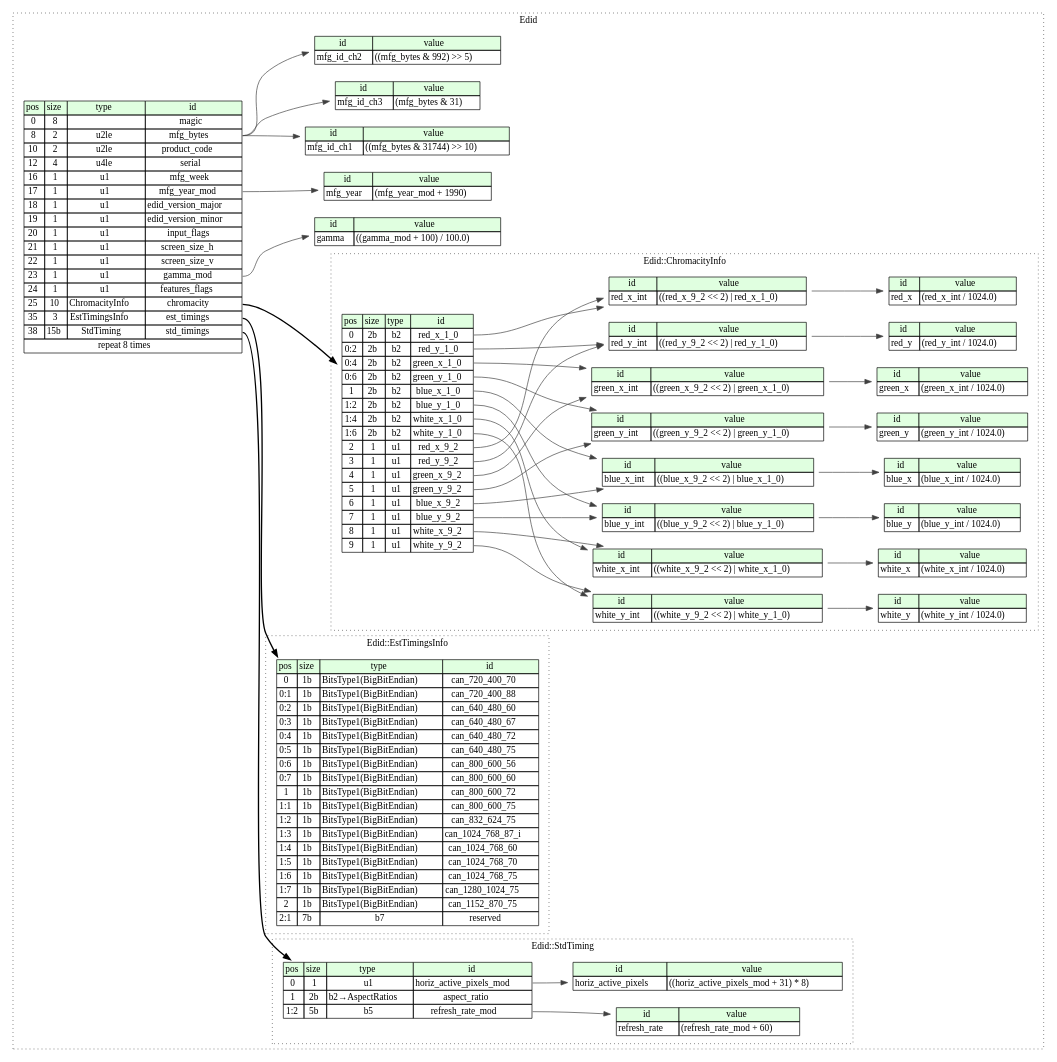
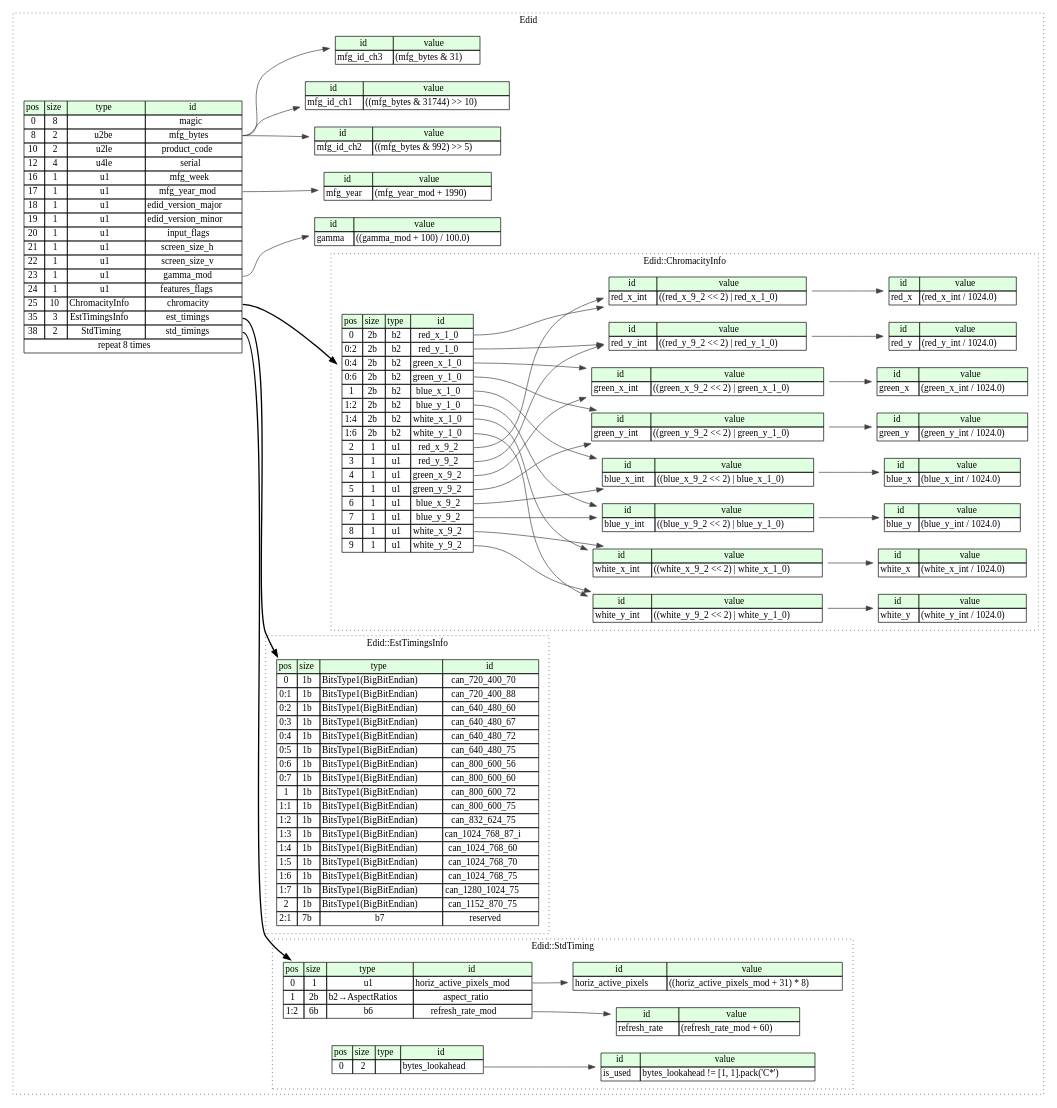
Before and after one commit to kaitai-io/formats-kaitai-io.github.io: the diagram in edid/src/graphviz/edid.dot, drawn with Graphviz. The commit also changed 32 other files, not shown here.

```diff
--- a/edid/src/graphviz/edid.dot
+++ b/edid/src/graphviz/edid.dot
@@ -8,7 +8,7 @@
 		edid__seq [label=<<TABLE BORDER="0" CELLBORDER="1" CELLSPACING="0">
 			<TR><TD BGCOLOR="#E0FFE0">pos</TD><TD BGCOLOR="#E0FFE0">size</TD><TD BGCOLOR="#E0FFE0">type</TD><TD BGCOLOR="#E0FFE0">id</TD></TR>
 			<TR><TD PORT="magic_pos">0</TD><TD PORT="magic_size">8</TD><TD></TD><TD PORT="magic_type">magic</TD></TR>
-			<TR><TD PORT="mfg_bytes_pos">8</TD><TD PORT="mfg_bytes_size">2</TD><TD>u2le</TD><TD PORT="mfg_bytes_type">mfg_bytes</TD></TR>
+			<TR><TD PORT="mfg_bytes_pos">8</TD><TD PORT="mfg_bytes_size">2</TD><TD>u2be</TD><TD PORT="mfg_bytes_type">mfg_bytes</TD></TR>
 			<TR><TD PORT="product_code_pos">10</TD><TD PORT="product_code_size">2</TD><TD>u2le</TD><TD PORT="product_code_type">product_code</TD></TR>
 			<TR><TD PORT="serial_pos">12</TD><TD PORT="serial_size">4</TD><TD>u4le</TD><TD PORT="serial_type">serial</TD></TR>
 			<TR><TD PORT="mfg_week_pos">16</TD><TD PORT="mfg_week_size">1</TD><TD>u1</TD><TD PORT="mfg_week_type">mfg_week</TD></TR>
@@ -22,7 +22,7 @@
 			<TR><TD PORT="features_flags_pos">24</TD><TD PORT="features_flags_size">1</TD><TD>u1</TD><TD PORT="features_flags_type">features_flags</TD></TR>
 			<TR><TD PORT="chromacity_pos">25</TD><TD PORT="chromacity_size">10</TD><TD>ChromacityInfo</TD><TD PORT="chromacity_type">chromacity</TD></TR>
 			<TR><TD PORT="est_timings_pos">35</TD><TD PORT="est_timings_size">3</TD><TD>EstTimingsInfo</TD><TD PORT="est_timings_type">est_timings</TD></TR>
-			<TR><TD PORT="std_timings_pos">38</TD><TD PORT="std_timings_size">15b</TD><TD>StdTiming</TD><TD PORT="std_timings_type">std_timings</TD></TR>
+			<TR><TD PORT="std_timings_pos">38</TD><TD PORT="std_timings_size">2</TD><TD>StdTiming</TD><TD PORT="std_timings_type">std_timings</TD></TR>
 			<TR><TD COLSPAN="4" PORT="std_timings__repeat">repeat 8 times</TD></TR>
 		</TABLE>>];
 		edid__inst__mfg_year [label=<<TABLE BORDER="0" CELLBORDER="1" CELLSPACING="0">
@@ -167,7 +167,15 @@
 				<TR><TD BGCOLOR="#E0FFE0">pos</TD><TD BGCOLOR="#E0FFE0">size</TD><TD BGCOLOR="#E0FFE0">type</TD><TD BGCOLOR="#E0FFE0">id</TD></TR>
 				<TR><TD PORT="horiz_active_pixels_mod_pos">0</TD><TD PORT="horiz_active_pixels_mod_size">1</TD><TD>u1</TD><TD PORT="horiz_active_pixels_mod_type">horiz_active_pixels_mod</TD></TR>
 				<TR><TD PORT="aspect_ratio_pos">1</TD><TD PORT="aspect_ratio_size">2b</TD><TD>b2→AspectRatios</TD><TD PORT="aspect_ratio_type">aspect_ratio</TD></TR>
-				<TR><TD PORT="refresh_rate_mod_pos">1:2</TD><TD PORT="refresh_rate_mod_size">5b</TD><TD>b5</TD><TD PORT="refresh_rate_mod_type">refresh_rate_mod</TD></TR>
+				<TR><TD PORT="refresh_rate_mod_pos">1:2</TD><TD PORT="refresh_rate_mod_size">6b</TD><TD>b6</TD><TD PORT="refresh_rate_mod_type">refresh_rate_mod</TD></TR>
+			</TABLE>>];
+			std_timing__inst__bytes_lookahead [label=<<TABLE BORDER="0" CELLBORDER="1" CELLSPACING="0">
+				<TR><TD BGCOLOR="#E0FFE0">pos</TD><TD BGCOLOR="#E0FFE0">size</TD><TD BGCOLOR="#E0FFE0">type</TD><TD BGCOLOR="#E0FFE0">id</TD></TR>
+				<TR><TD PORT="bytes_lookahead_pos">0</TD><TD PORT="bytes_lookahead_size">2</TD><TD></TD><TD PORT="bytes_lookahead_type">bytes_lookahead</TD></TR>
+			</TABLE>>];
+			std_timing__inst__is_used [label=<<TABLE BORDER="0" CELLBORDER="1" CELLSPACING="0">
+				<TR><TD BGCOLOR="#E0FFE0">id</TD><TD BGCOLOR="#E0FFE0">value</TD></TR>
+				<TR><TD>is_used</TD><TD>bytes_lookahead != [1, 1].pack('C*')</TD></TR>
 			</TABLE>>];
 			std_timing__inst__horiz_active_pixels [label=<<TABLE BORDER="0" CELLBORDER="1" CELLSPACING="0">
 				<TR><TD BGCOLOR="#E0FFE0">id</TD><TD BGCOLOR="#E0FFE0">value</TD></TR>
@@ -211,6 +219,7 @@
 	chromacity_info__inst__green_y_int:green_y_int_type -> chromacity_info__inst__green_y [color="#404040"];
 	chromacity_info__seq:blue_y_9_2_type -> chromacity_info__inst__blue_y_int [color="#404040"];
 	chromacity_info__seq:blue_y_1_0_type -> chromacity_info__inst__blue_y_int [color="#404040"];
+	std_timing__inst__bytes_lookahead:bytes_lookahead_type -> std_timing__inst__is_used [color="#404040"];
 	std_timing__seq:horiz_active_pixels_mod_type -> std_timing__inst__horiz_active_pixels [color="#404040"];
 	std_timing__seq:refresh_rate_mod_type -> std_timing__inst__refresh_rate [color="#404040"];
 }
```
